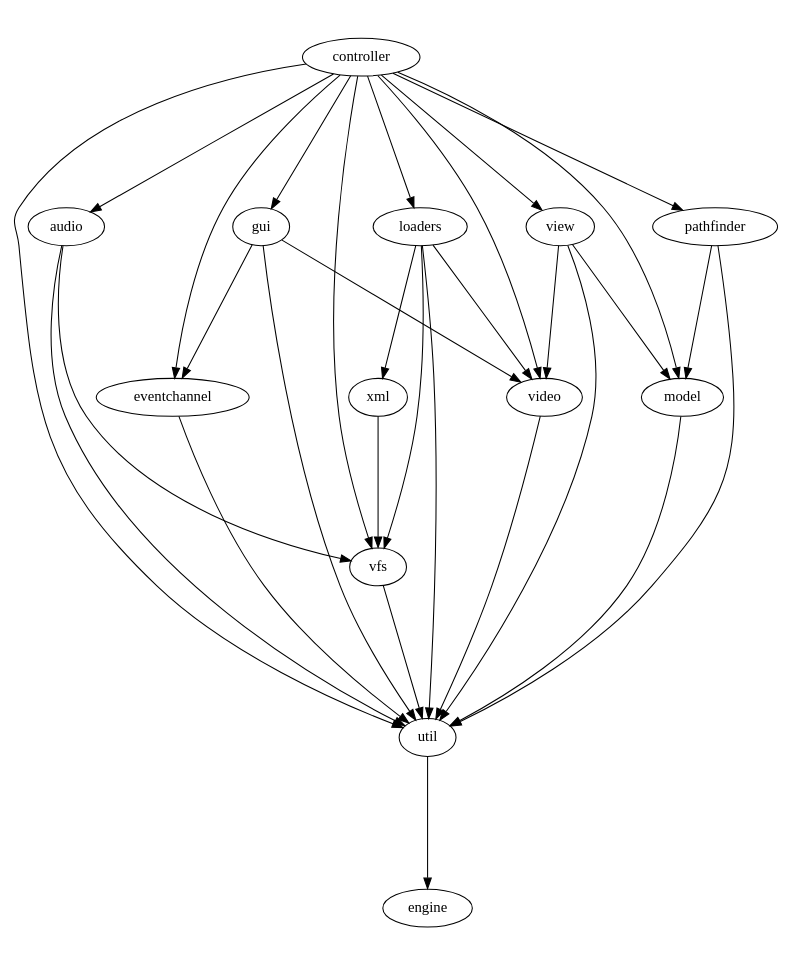
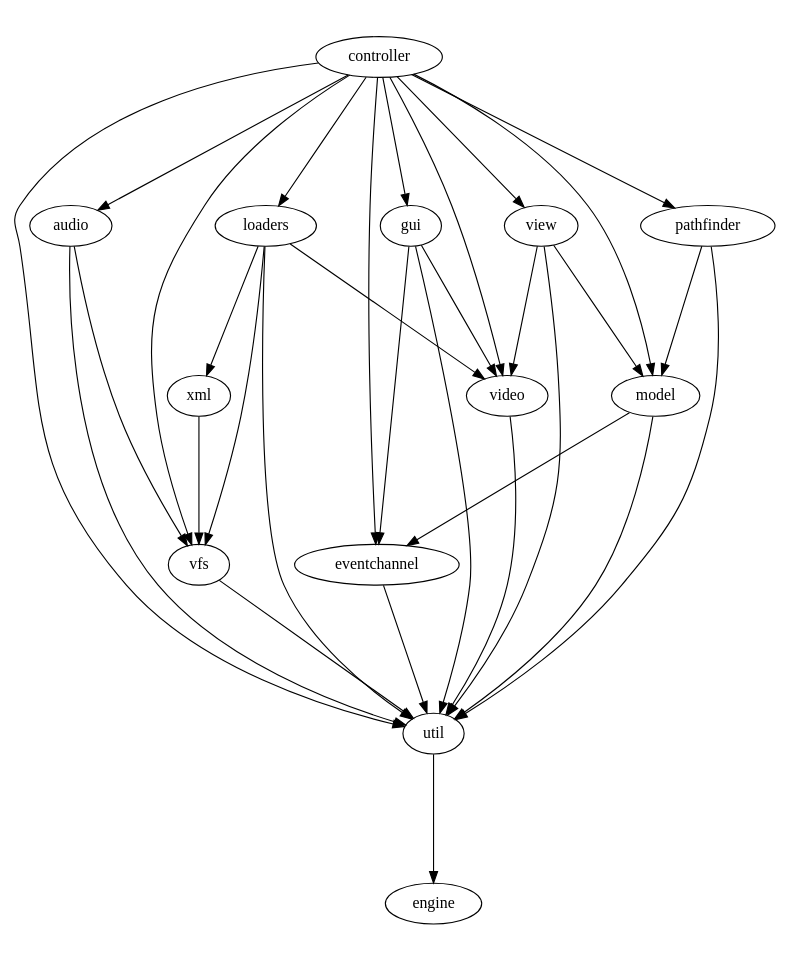
The diagram in doc/dependencies/moduledeps.dot (fifengine/fifengine), drawn with Graphviz before and after one commit. The commit also changed 9 other files, not shown here.

```diff
--- a/doc/dependencies/moduledeps.dot
+++ b/doc/dependencies/moduledeps.dot
@@ -1,38 +1,39 @@
 digraph "source tree" {
     overlap=scale;
     size="8,10";
     ratio="fill";
     fontsize="16";
     fontname="Helvetica";
     clusterrank="local";
     "audio" -> "util"
     "audio" -> "vfs"
     "controller" -> "audio"
     "controller" -> "eventchannel"
     "controller" -> "gui"
     "controller" -> "loaders"
     "controller" -> "model"
     "controller" -> "pathfinder"
     "controller" -> "util"
     "controller" -> "vfs"
     "controller" -> "video"
     "controller" -> "view"
     "eventchannel" -> "util"
     "gui" -> "eventchannel"
     "gui" -> "util"
     "gui" -> "video"
     "loaders" -> "util"
     "loaders" -> "vfs"
     "loaders" -> "video"
     "loaders" -> "xml"
+    "model" -> "eventchannel"
     "model" -> "util"
     "pathfinder" -> "model"
     "pathfinder" -> "util"
     "util" -> "engine"
     "vfs" -> "util"
     "video" -> "util"
     "view" -> "model"
     "view" -> "util"
     "view" -> "video"
     "xml" -> "vfs"
 }
```
